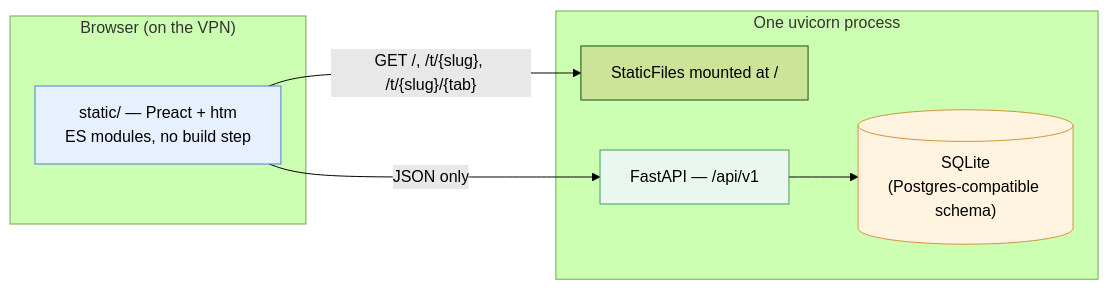
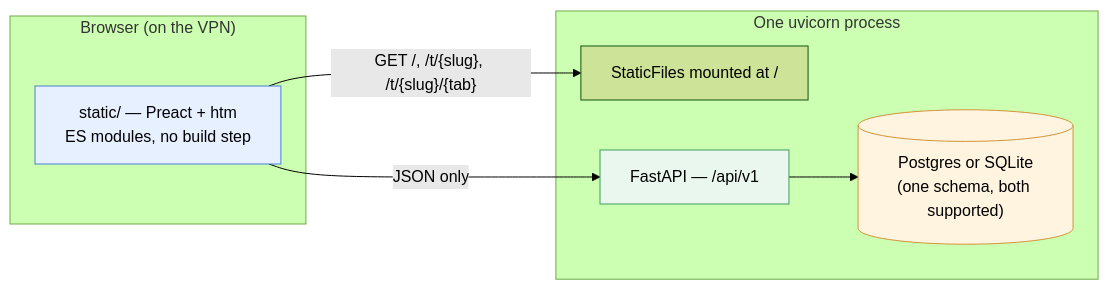
The first of 7 diagrams in design/ARCHITECTURE.md (pehala/tripaccounter), drawn with Mermaid (forest theme) before and after one commit. The commit also changed other lines of this file and 4 other files, not shown here.

First line of the commit message:
docs(design): document postgres and sqlite support, add time zone plan

````diff
--- a/design/ARCHITECTURE.md
+++ b/design/ARCHITECTURE.md
@@ -16,20 +17,20 @@
 ```mermaid
 flowchart LR
     subgraph browser["Browser (on the VPN)"]
         ui["static/ — Preact + htm<br/>ES modules, no build step"]
     end
 
     subgraph host["One uvicorn process"]
         static["StaticFiles mounted at /"]
         api["FastAPI — /api/v1"]
-        db[("SQLite<br/>(Postgres-compatible schema)")]
+        db[("Postgres or SQLite<br/>(one schema, both supported)")]
     end
 
     ui -- "GET /, /t/{slug}, /t/{slug}/{tab}" --> static
     ui -- "JSON only" --> api
     api --> db
 
     style ui fill:#e7f0ff,stroke:#4a7fd4
     style api fill:#e9f7ee,stroke:#3f9e5f
     style db fill:#fff4e0,stroke:#d2933a
 ```
````
